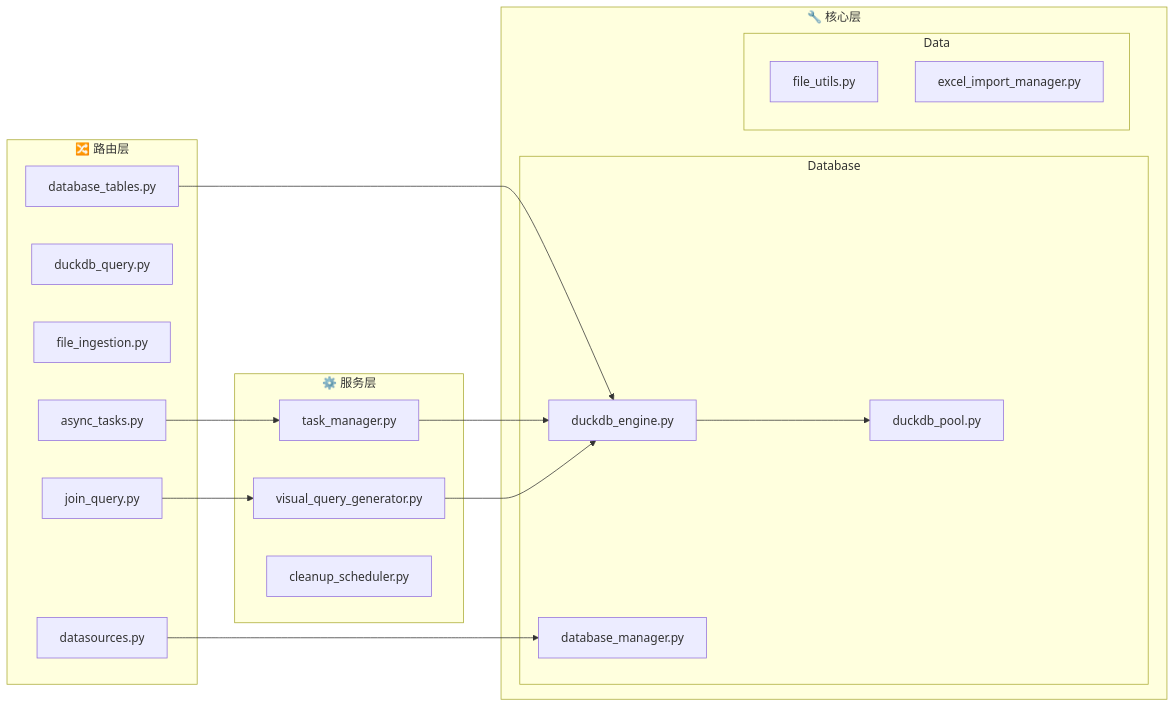
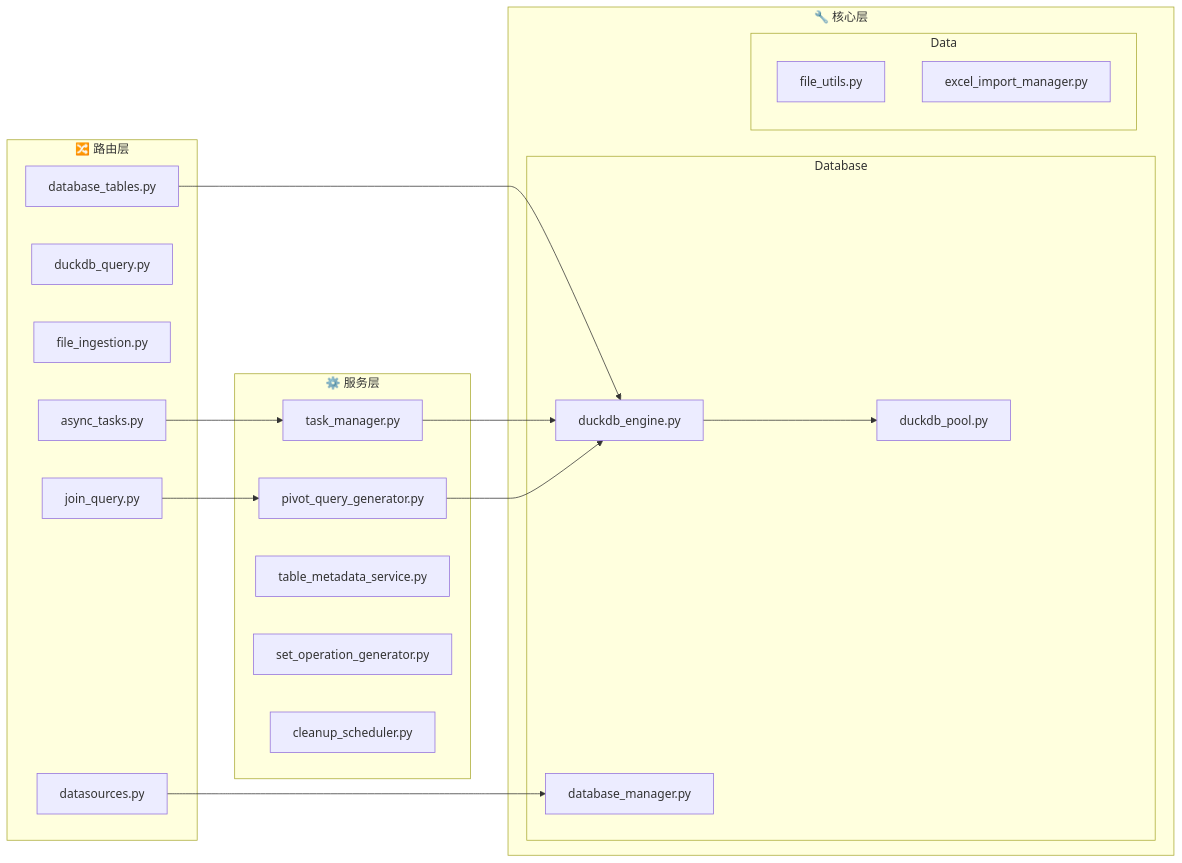
The second of 11 diagrams in docs/SYSTEM_ARCHITECTURE.md (Chenkeliang/duckdb-query), drawn with Mermaid before and after one commit.

Commit message:
docs: update service layer diagram after pivot module split

````diff
--- a/docs/SYSTEM_ARCHITECTURE.md
+++ b/docs/SYSTEM_ARCHITECTURE.md
@@ -54,37 +54,39 @@
 ```mermaid
 flowchart LR
     subgraph Routers["🔀 路由层"]
         R1[join_query.py]
         R1b[duckdb_query.py]
         R1c[file_ingestion.py]
         R2[async_tasks.py]
         R3[datasources.py]
         R4[database_tables.py]
     end
 
     subgraph Services["⚙️ 服务层"]
         S1[task_manager.py]
-        S2[visual_query_generator.py]
+        S2[pivot_query_generator.py]
+        S2b[table_metadata_service.py]
+        S2c[set_operation_generator.py]
         S3[cleanup_scheduler.py]
     end
 
     subgraph Core["🔧 核心层"]
         subgraph DB["Database"]
             DB1[duckdb_engine.py]
             DB2[duckdb_pool.py]
             DB3[database_manager.py]
         end
         subgraph Data["Data"]
             DT1[file_utils.py]
             DT2[excel_import_manager.py]
         end
     end
 
     R1 --> S2
     R2 --> S1
     R3 --> DB3
     R4 --> DB1
     S1 --> DB1
     S2 --> DB1
     DB1 --> DB2
 ```
````
